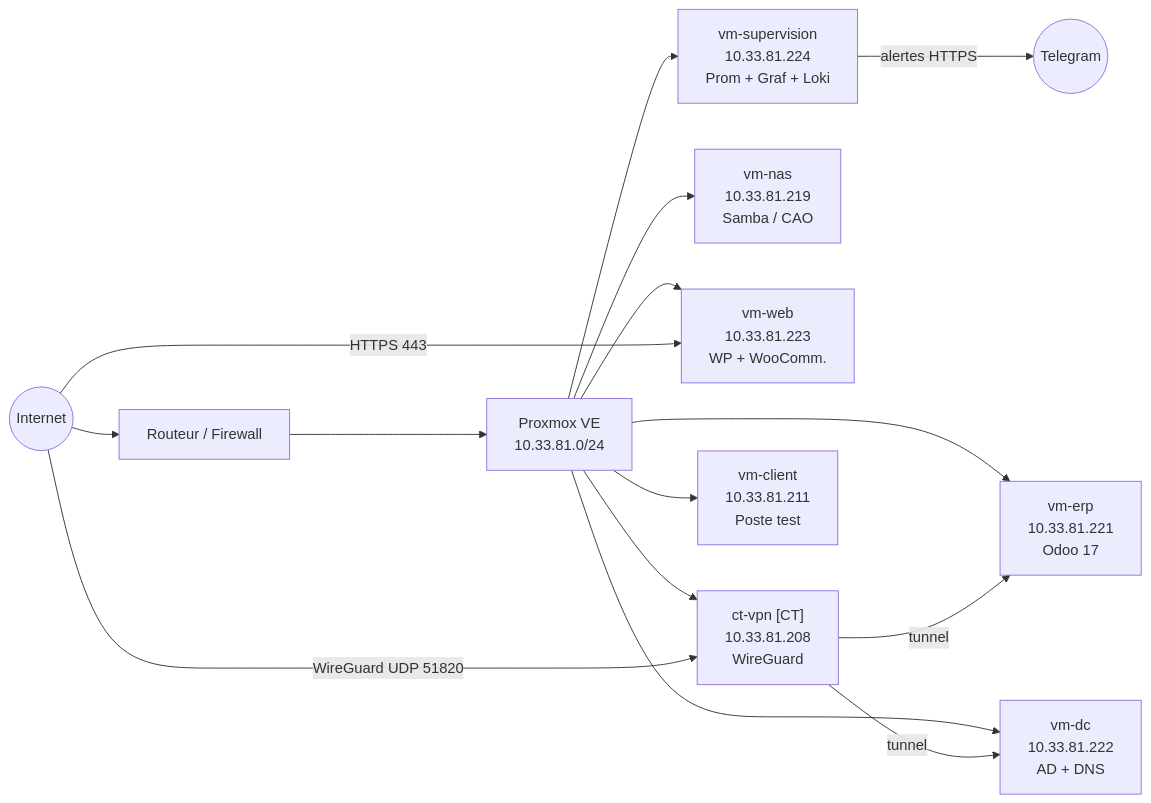
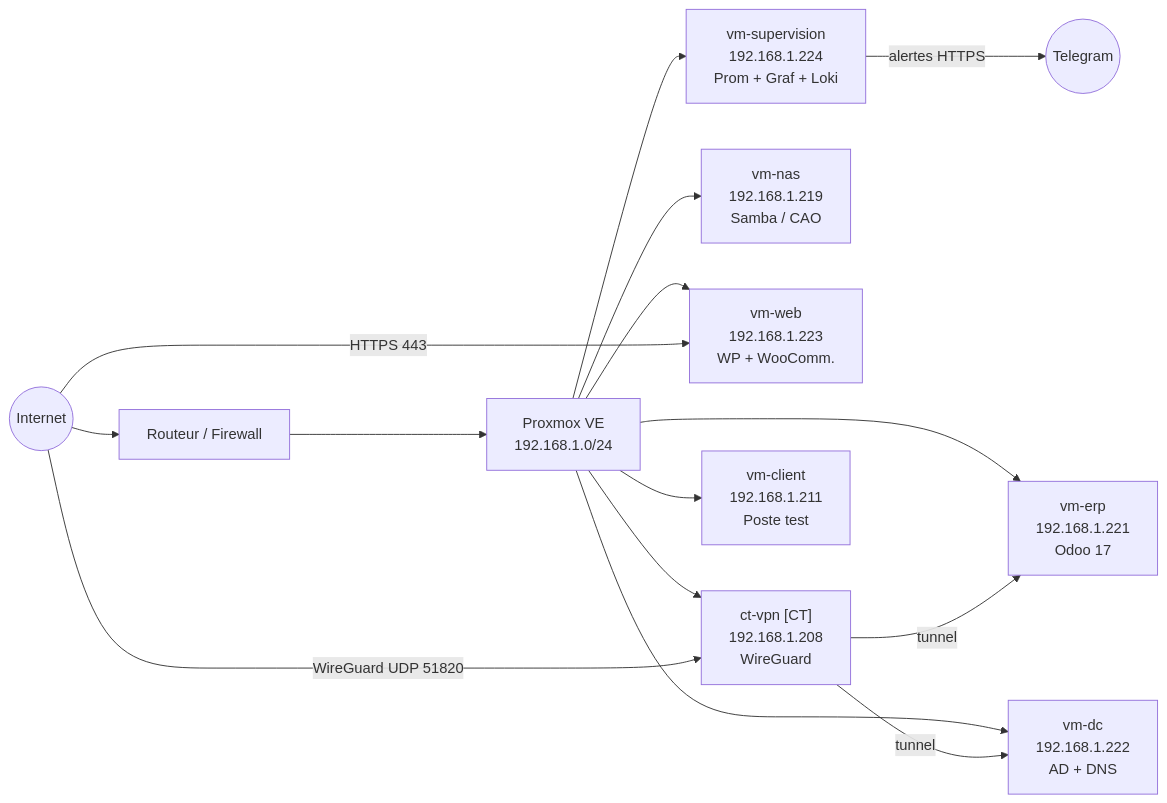
One commit to Orealyz/metalis changed the diagram in schemas/reseau.md. Above: the diagram before and after it, drawn with Mermaid. The commit also changed other lines of this file and 7 other files, not shown here.

````diff
--- a/schemas/reseau.md
+++ b/schemas/reseau.md
@@ -39,22 +39,22 @@
 ```mermaid
 graph LR
     Internet(("Internet")) --> FW["Routeur / Firewall"]
 
-    FW --> PVE["Proxmox VE\n10.33.81.0/24"]
+    FW --> PVE["Proxmox VE\n192.168.1.0/24"]
 
-    PVE --> VPN["ct-vpn [CT]\n10.33.81.208\nWireGuard"]
-    PVE --> DC["vm-dc\n10.33.81.222\nAD + DNS"]
-    PVE --> NAS["vm-nas\n10.33.81.219\nSamba / CAO"]
-    PVE --> ERP["vm-erp\n10.33.81.221\nOdoo 17"]
-    PVE --> WEB["vm-web\n10.33.81.223\nWP + WooComm."]
-    PVE --> SUP["vm-supervision\n10.33.81.224\nProm + Graf + Loki"]
-    PVE --> CLIENT["vm-client\n10.33.81.211\nPoste test"]
+    PVE --> VPN["ct-vpn [CT]\n192.168.1.208\nWireGuard"]
+    PVE --> DC["vm-dc\n192.168.1.222\nAD + DNS"]
+    PVE --> NAS["vm-nas\n192.168.1.219\nSamba / CAO"]
+    PVE --> ERP["vm-erp\n192.168.1.221\nOdoo 17"]
+    PVE --> WEB["vm-web\n192.168.1.223\nWP + WooComm."]
+    PVE --> SUP["vm-supervision\n192.168.1.224\nProm + Graf + Loki"]
+    PVE --> CLIENT["vm-client\n192.168.1.211\nPoste test"]
 
     Internet --> |"WireGuard UDP 51820"| VPN
     Internet --> |"HTTPS 443"| WEB
 
     VPN --> |"tunnel"| ERP
     VPN --> |"tunnel"| DC
 
     SUP --> |"alertes HTTPS"| TELEGRAM(("Telegram"))
 ```
````
